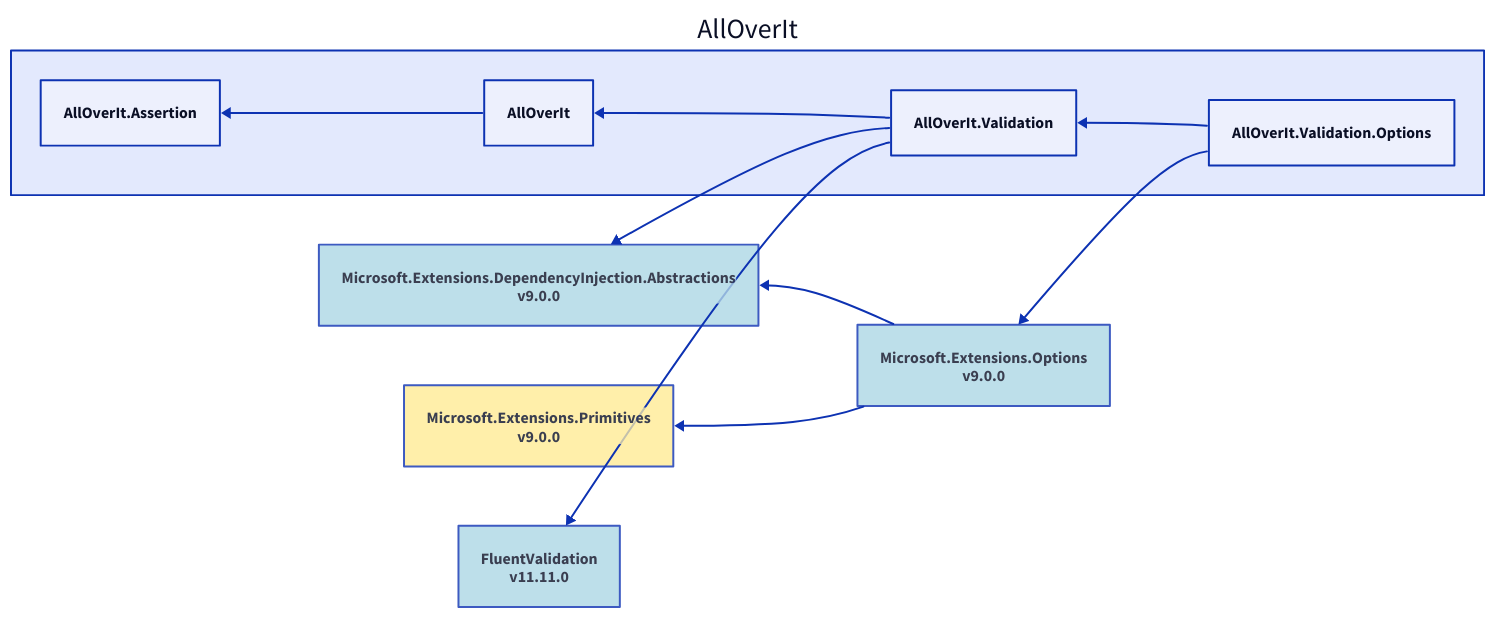
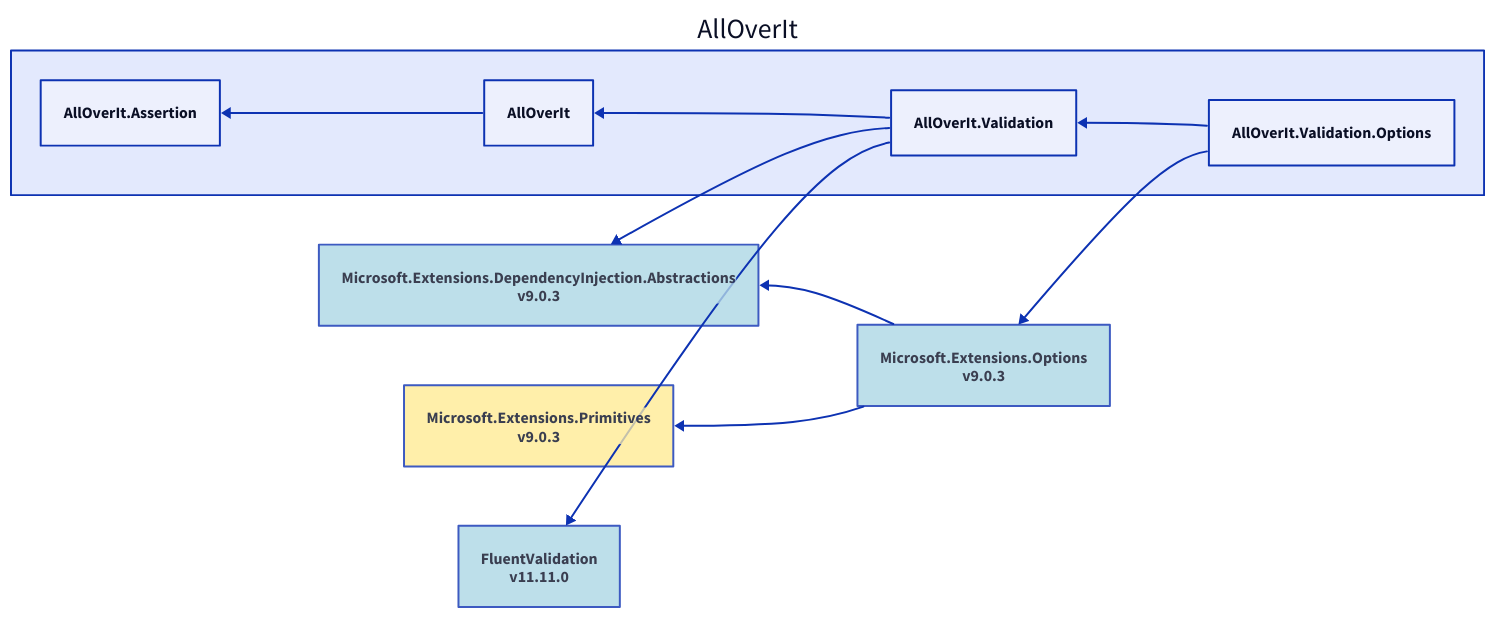
Before and after one commit to mjfreelancing/AllOverIt: the diagram in Docs/Reference/Content/images/dependencies/net9.0/alloverit-validation-options.d2, drawn with D2. The commit also changed 236 other files, not shown here.

```diff
--- a/Docs/Reference/Content/images/dependencies/net9.0/alloverit-validation-options.d2
+++ b/Docs/Reference/Content/images/dependencies/net9.0/alloverit-validation-options.d2
@@ -1,27 +1,27 @@
 direction: left
 
 aoi: AllOverIt
 aoi.alloverit-validation-options: AllOverIt.Validation.Options
-microsoft-extensions-options_9-0-0: Microsoft.Extensions.Options\nv9.0.0
-microsoft-extensions-options_9-0-0.style.fill: "#ADD8E6"
-microsoft-extensions-options_9-0-0.style.opacity: 0.8
-microsoft-extensions-dependencyinjection-abstractions_9-0-0: Microsoft.Extensions.DependencyInjection.Abstractions\nv9.0.0
-microsoft-extensions-dependencyinjection-abstractions_9-0-0.style.opacity: 0.8
-microsoft-extensions-dependencyinjection-abstractions_9-0-0.style.fill: "#ADD8E6"
-microsoft-extensions-dependencyinjection-abstractions_9-0-0 <- microsoft-extensions-options_9-0-0
-microsoft-extensions-primitives_9-0-0: Microsoft.Extensions.Primitives\nv9.0.0
-microsoft-extensions-primitives_9-0-0.style.fill: "#FFEC96"
-microsoft-extensions-primitives_9-0-0.style.opacity: 0.8
-microsoft-extensions-primitives_9-0-0 <- microsoft-extensions-options_9-0-0
-microsoft-extensions-options_9-0-0 <- aoi.alloverit-validation-options
+microsoft-extensions-options_9-0-3: Microsoft.Extensions.Options\nv9.0.3
+microsoft-extensions-options_9-0-3.style.fill: "#ADD8E6"
+microsoft-extensions-options_9-0-3.style.opacity: 0.8
+microsoft-extensions-dependencyinjection-abstractions_9-0-3: Microsoft.Extensions.DependencyInjection.Abstractions\nv9.0.3
+microsoft-extensions-dependencyinjection-abstractions_9-0-3.style.opacity: 0.8
+microsoft-extensions-dependencyinjection-abstractions_9-0-3.style.fill: "#ADD8E6"
+microsoft-extensions-dependencyinjection-abstractions_9-0-3 <- microsoft-extensions-options_9-0-3
+microsoft-extensions-primitives_9-0-3: Microsoft.Extensions.Primitives\nv9.0.3
+microsoft-extensions-primitives_9-0-3.style.fill: "#FFEC96"
+microsoft-extensions-primitives_9-0-3.style.opacity: 0.8
+microsoft-extensions-primitives_9-0-3 <- microsoft-extensions-options_9-0-3
+microsoft-extensions-options_9-0-3 <- aoi.alloverit-validation-options
 aoi.alloverit-validation: AllOverIt.Validation
 fluentvalidation_11-11-0: FluentValidation\nv11.11.0
 fluentvalidation_11-11-0.style.fill: "#ADD8E6"
 fluentvalidation_11-11-0.style.opacity: 0.8
 fluentvalidation_11-11-0 <- aoi.alloverit-validation
-microsoft-extensions-dependencyinjection-abstractions_9-0-0 <- aoi.alloverit-validation
+microsoft-extensions-dependencyinjection-abstractions_9-0-3 <- aoi.alloverit-validation
 aoi.alloverit: AllOverIt
 aoi.alloverit-assertion: AllOverIt.Assertion
 aoi.alloverit-assertion <- aoi.alloverit
 aoi.alloverit <- aoi.alloverit-validation
 aoi.alloverit-validation <- aoi.alloverit-validation-options
```
